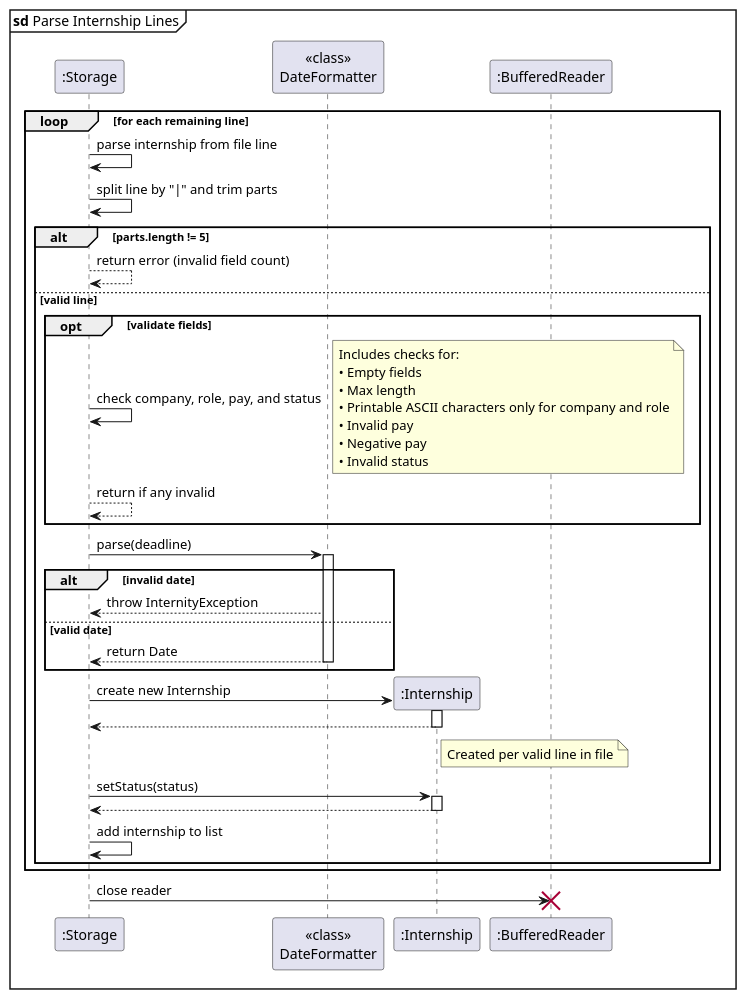
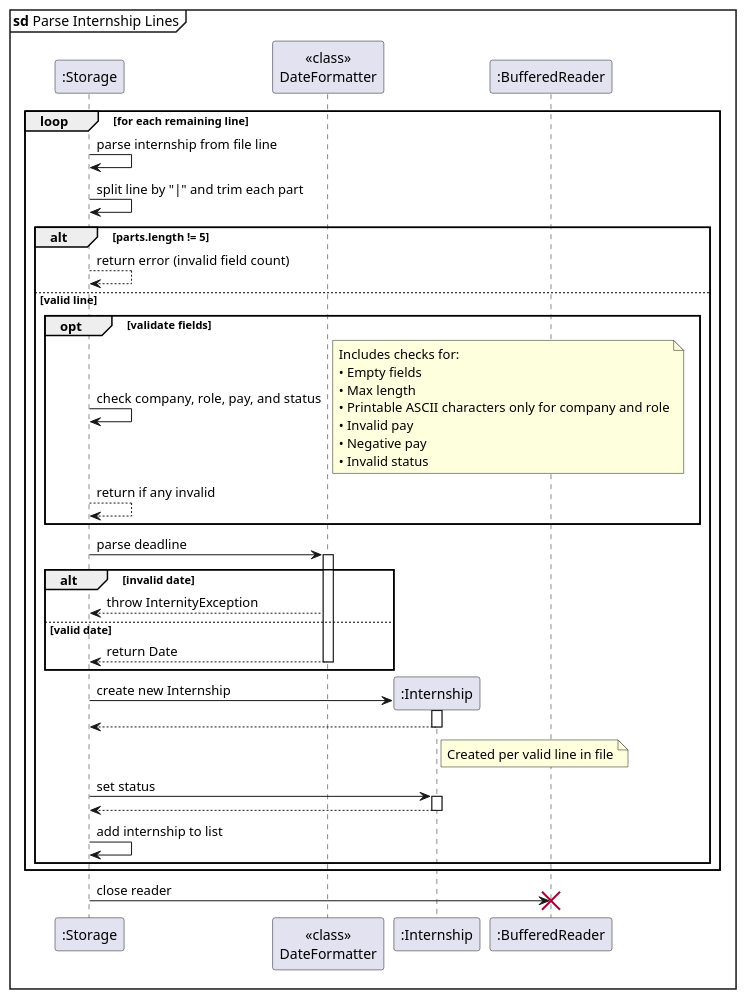
One commit to AY2526S1-CS2113-W14-4/tp changed the diagram in docs/diagrams/StorageLoadSD_C.puml. Above: the diagram before and after it, drawn with PlantUML. The commit also changed 1 other file, not shown here.

```diff
--- a/docs/diagrams/StorageLoadSD_C.puml
+++ b/docs/diagrams/StorageLoadSD_C.puml
@@ -1,48 +1,48 @@
 @startuml
 mainframe **sd** Parse Internship Lines
 participant ":Storage" as S
 participant "<<class>>\nDateFormatter" as DF
 participant ":Internship" as Intern
 participant ":BufferedReader" as BR
 
 loop for each remaining line
     S -> S: parse internship from file line
-    S -> S: split line by "|" and trim parts
+    S -> S: split line by "|" and trim each part
 
     alt parts.length != 5
         S --> S: return error (invalid field count)
     else valid line
         opt validate fields
             S -> S: check company, role, pay, and status
             note right: Includes checks for:\n• Empty fields\n• Max length\n• Printable ASCII characters only for company and role\n• Invalid pay\n• Negative pay\n• Invalid status
             S --> S: return if any invalid
         end
 
-        S -> DF: parse(deadline)
+        S -> DF: parse deadline
         activate DF
         alt invalid date
             DF --> S: throw InternityException
         else valid date
             DF --> S: return Date
             deactivate DF
         end
 
 
         create Intern
         S -> Intern**: create new Internship
         activate Intern
         return
         note right of Intern: Created per valid line in file
 
-        S -> Intern: setStatus(status)
+        S -> Intern: set status
         activate Intern
         Intern --> S
         deactivate Intern
 
         S -> S: add internship to list
     end
 end
 
 S -> BR: close reader
 destroy BR
 @enduml
```
